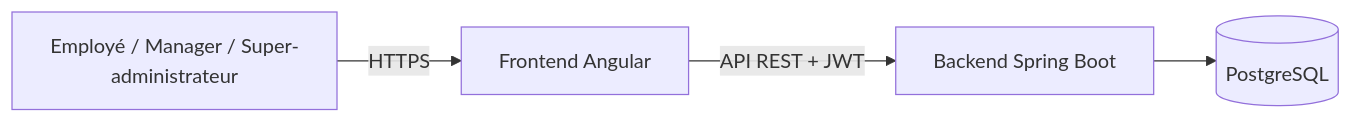
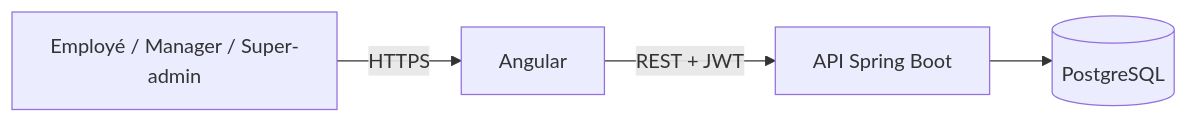
The diagram in README.md (pakoundiconstantinoweb-commits/daily-reporting), drawn with Mermaid before and after one commit. The commit also changed other lines of this file and 4 other files, not shown here.

````diff
--- a/README.md
+++ b/README.md
@@ -22,6 +19,6 @@
 ```mermaid
 flowchart LR
-    U[Employé / Manager / Super-administrateur] -->|HTTPS| FE[Frontend Angular]
-    FE -->|API REST + JWT| API[Backend Spring Boot]
+    U[Employé / Manager / Super-admin] -->|HTTPS| FE[Angular]
+    FE -->|REST + JWT| API[API Spring Boot]
     API --> DB[(PostgreSQL)]
 ```
````
